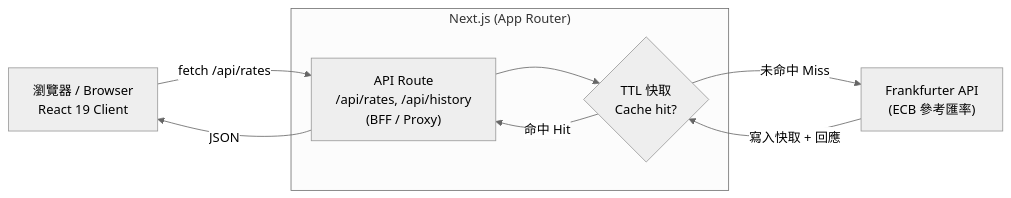
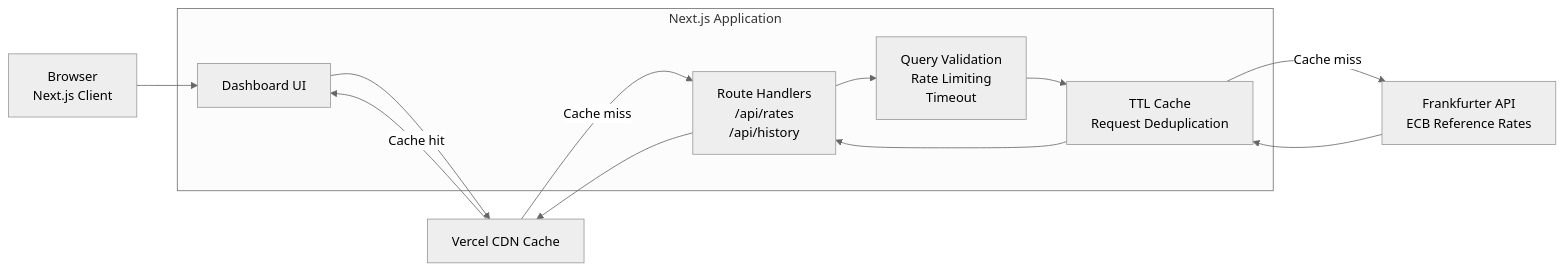
The first of 2 diagrams in README.md (seanhong1215/FXBoard), drawn with Mermaid (neutral theme) before and after one commit. The commit also changed other lines of this file, not shown here.

````diff
--- a/README.md
+++ b/README.md
@@ -97,16 +39,25 @@
 ```mermaid
 flowchart LR
-    Browser["瀏覽器 / Browser<br/>React 19 Client"]
-    subgraph Next["Next.js (App Router)"]
-        Route["API Route<br/>/api/rates, /api/history<br/>(BFF / Proxy)"]
-        Cache{"TTL 快取<br/>Cache hit?"}
+    Browser["Browser<br/>Next.js Client"]
+
+    subgraph App["Next.js Application"]
+        Page["Dashboard UI"]
+        Routes["Route Handlers<br/>/api/rates<br/>/api/history"]
+        Guard["Query Validation<br/>Rate Limiting<br/>Timeout"]
+        Cache["TTL Cache<br/>Request Deduplication"]
     end
-    Ext["Frankfurter API<br/>(ECB 參考匯率)"]
 
-    Browser -->|"fetch /api/rates"| Route
-    Route --> Cache
-    Cache -->|"命中 Hit"| Route
-    Cache -->|"未命中 Miss"| Ext
-    Ext -->|"寫入快取 + 回應"| Cache
-    Route -->|"JSON"| Browser
+    CDN["Vercel CDN Cache"]
+    Source["Frankfurter API<br/>ECB Reference Rates"]
+
+    Browser --> Page
+    Page --> CDN
+    CDN -->|Cache hit| Page
+    CDN -->|Cache miss| Routes
+    Routes --> Guard
+    Guard --> Cache
+    Cache -->|Cache miss| Source
+    Source --> Cache
+    Cache --> Routes
+    Routes --> CDN
 ```
````
